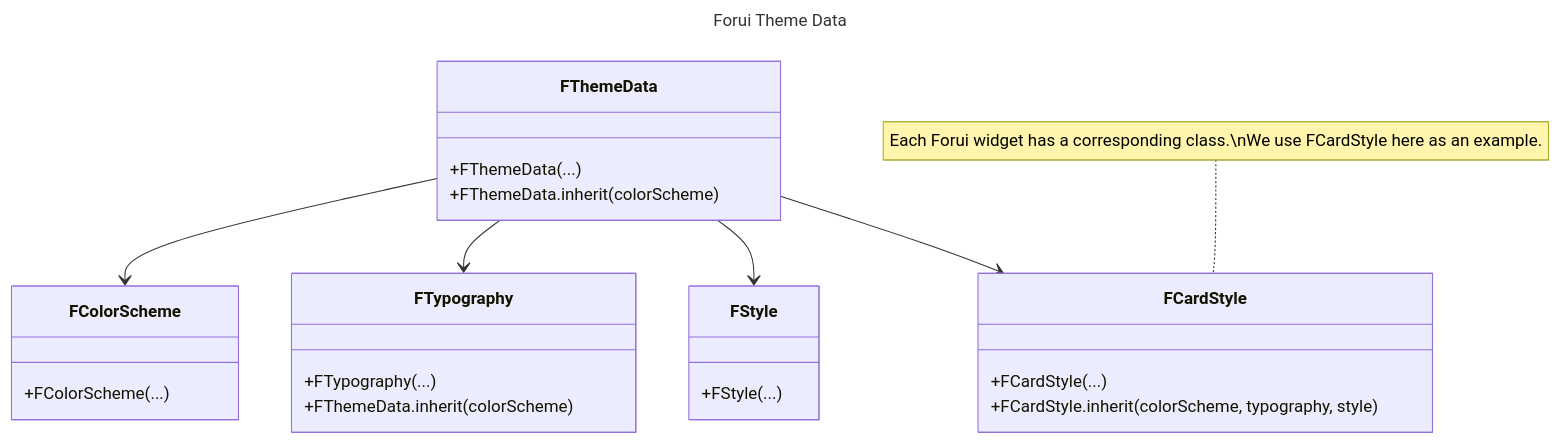
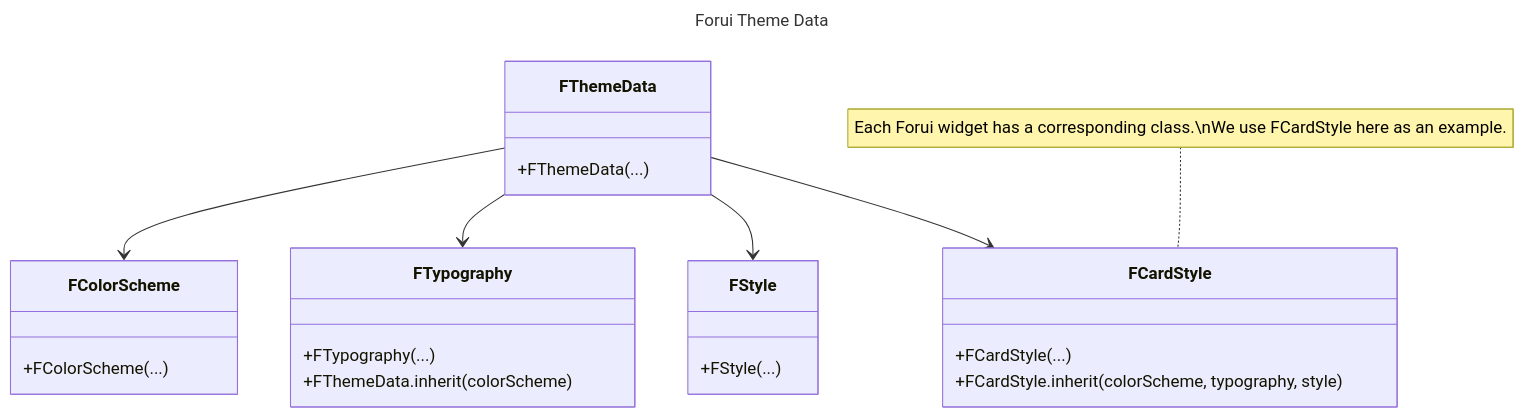
Before and after one commit to forus-labs/forui: the diagram in docs/pages/docs/themes.mdx, drawn with Mermaid. The commit also changed other lines of this file and 89 other files, not shown here.

````diff
--- a/docs/pages/docs/themes.mdx
+++ b/docs/pages/docs/themes.mdx
@@ -143,34 +139,33 @@
 ```mermaid
 ---
 title: Forui Theme Data
 ---
 classDiagram
 class FThemeData {
     +FThemeData(...)
-    +FThemeData.inherit(colorScheme)
 }
 
 class FColorScheme {
     +FColorScheme(...)
 }
 
 class FTypography {
     +FTypography(...)
     +FThemeData.inherit(colorScheme)
 }
 
 class FStyle {
     +FStyle(...)
 }
 
 class FCardStyle {
     +FCardStyle(...)
     +FCardStyle.inherit(colorScheme, typography, style)
 }
 note for FCardStyle "Each Forui widget has a corresponding class.\nWe use FCardStyle here as an example."
 
 FThemeData --> FColorScheme
 FThemeData --> FTypography
 FThemeData --> FStyle
 FThemeData --> FCardStyle
 ```
````
